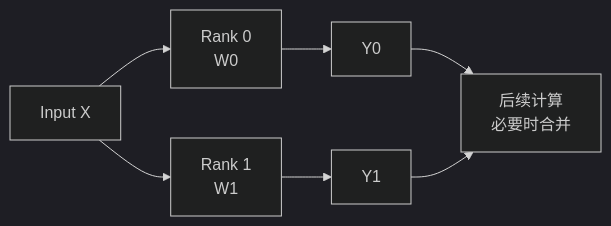
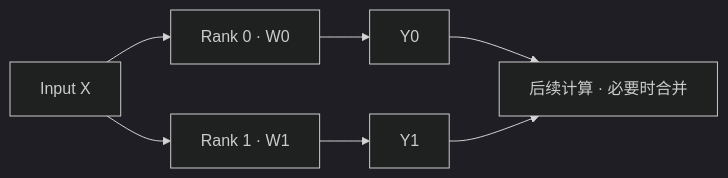
The third of 5 diagrams in docs/distributed/why-large-models-need-multi-card-tp-dp-ep.md (AkiYangDev/llm-inference-notes), drawn with Mermaid (dark theme) before and after one commit. The commit also changed other lines of this file and 44 other files, not shown here.

````diff
--- a/docs/distributed/why-large-models-need-multi-card-tp-dp-ep.md
+++ b/docs/distributed/why-large-models-need-multi-card-tp-dp-ep.md
@@ -122,9 +114,9 @@
 ```mermaid
 flowchart LR
-    X["Input X"] --> R0["Rank 0<br/>W0"]
-    X --> R1["Rank 1<br/>W1"]
+    X["Input X"] --> R0["Rank 0 · W0"]
+    X --> R1["Rank 1 · W1"]
     R0 --> Y0["Y0"]
     R1 --> Y1["Y1"]
-    Y0 --> NEXT["后续计算<br/>必要时合并"]
+    Y0 --> NEXT["后续计算 · 必要时合并"]
     Y1 --> NEXT
 ```
````
